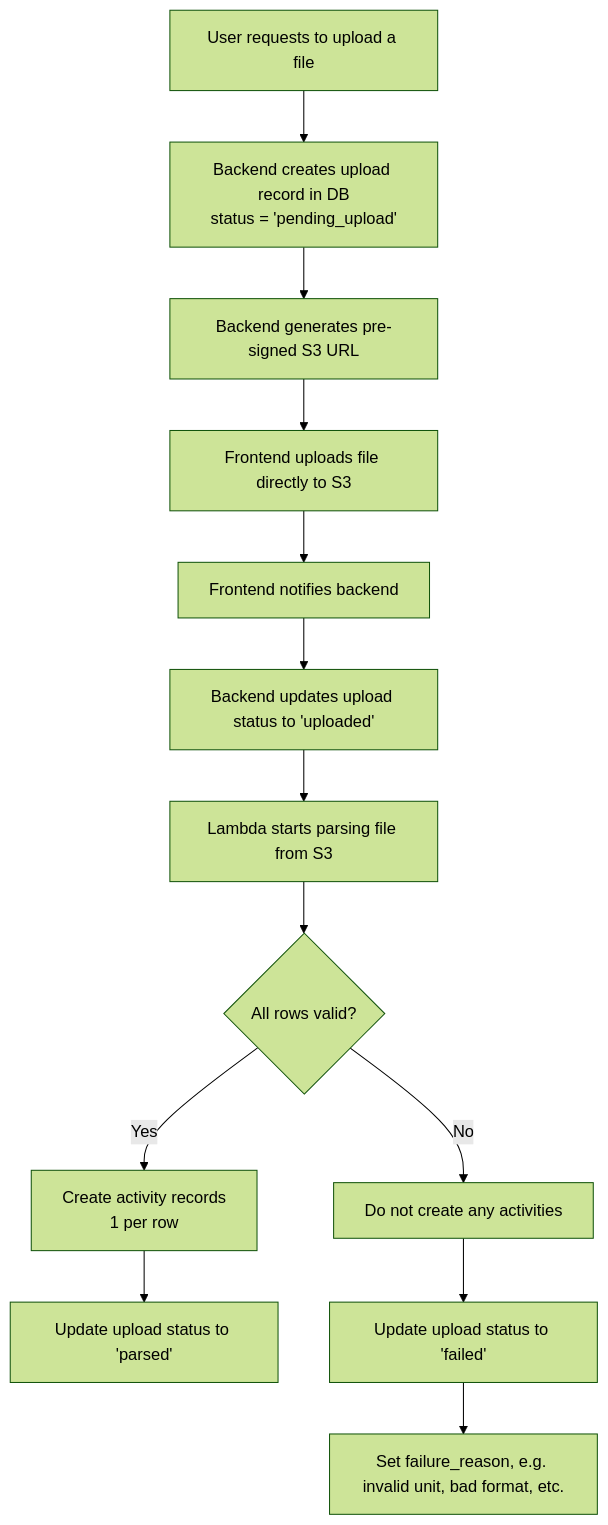
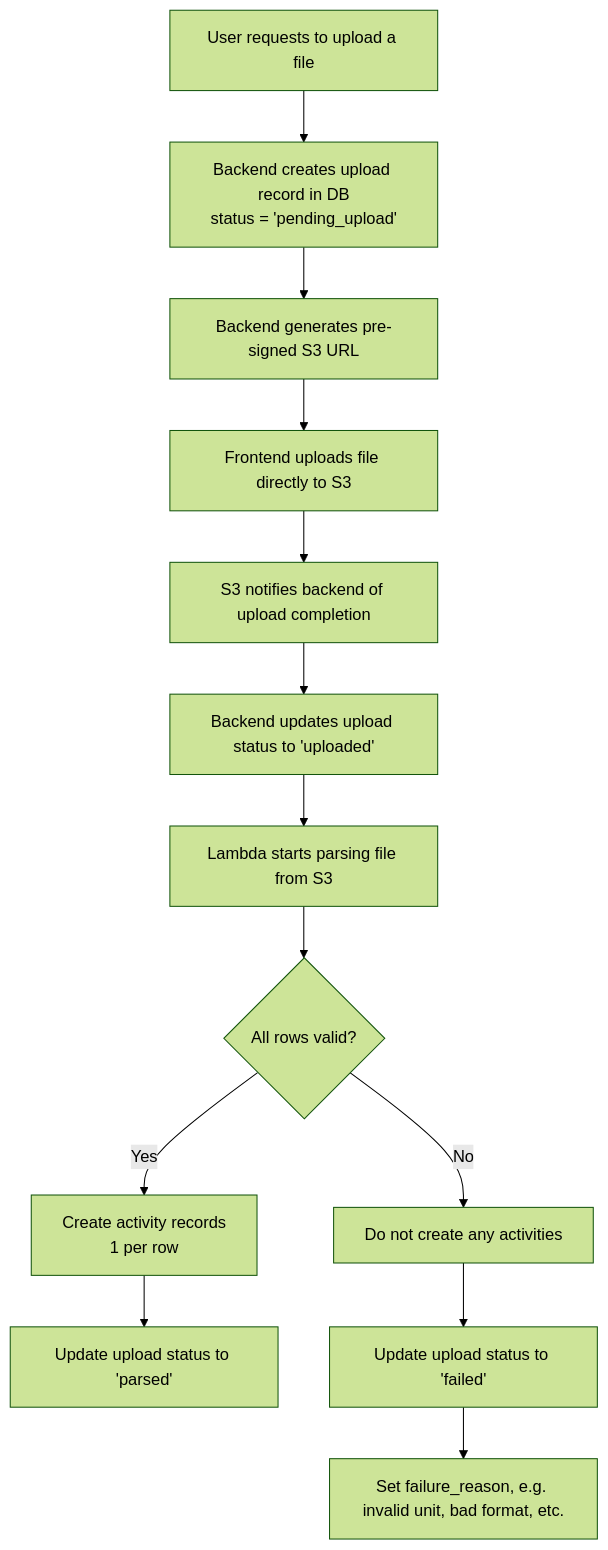
Before and after one commit to svarlet/terrascope_case_study: the first of 3 diagrams in README.template.md, drawn with Mermaid (forest theme). The commit also changed 1 other file, not shown here.

Commit message:
Fix inconsistent diagram in file upload mechanics

````diff
--- a/README.template.md
+++ b/README.template.md
@@ -33,17 +33,17 @@
 ```mermaid  
 flowchart TD
     A[User requests to upload a file] --> B[Backend creates upload record in DB<br>status = 'pending_upload']
     B --> C[Backend generates pre-signed S3 URL]
     C --> D[Frontend uploads file directly to S3]
-    D --> E[Frontend notifies backend]
+    D --> E[S3 notifies backend of upload completion]
     E --> F[Backend updates upload status to 'uploaded']
     F --> G[Lambda starts parsing file from S3]
     G --> H{All rows valid?}
 
     H -- Yes --> I[Create activity records<br>1 per row]
     I --> J[Update upload status to 'parsed']
 
     H -- No --> K[Do not create any activities]
     K --> L[Update upload status to 'failed']
     L --> M[Set failure_reason, e.g. invalid unit, bad format, etc.]
 ```
````
